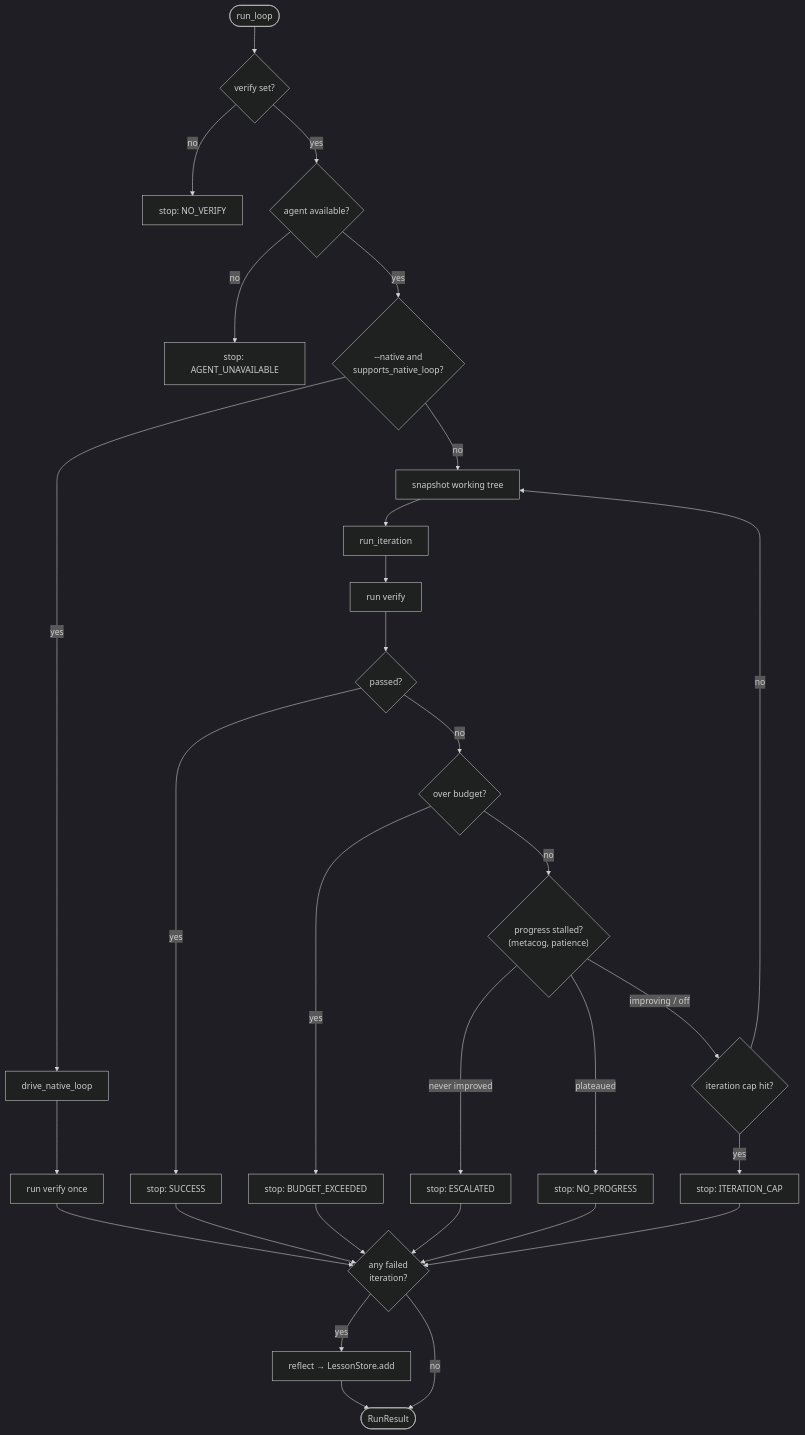
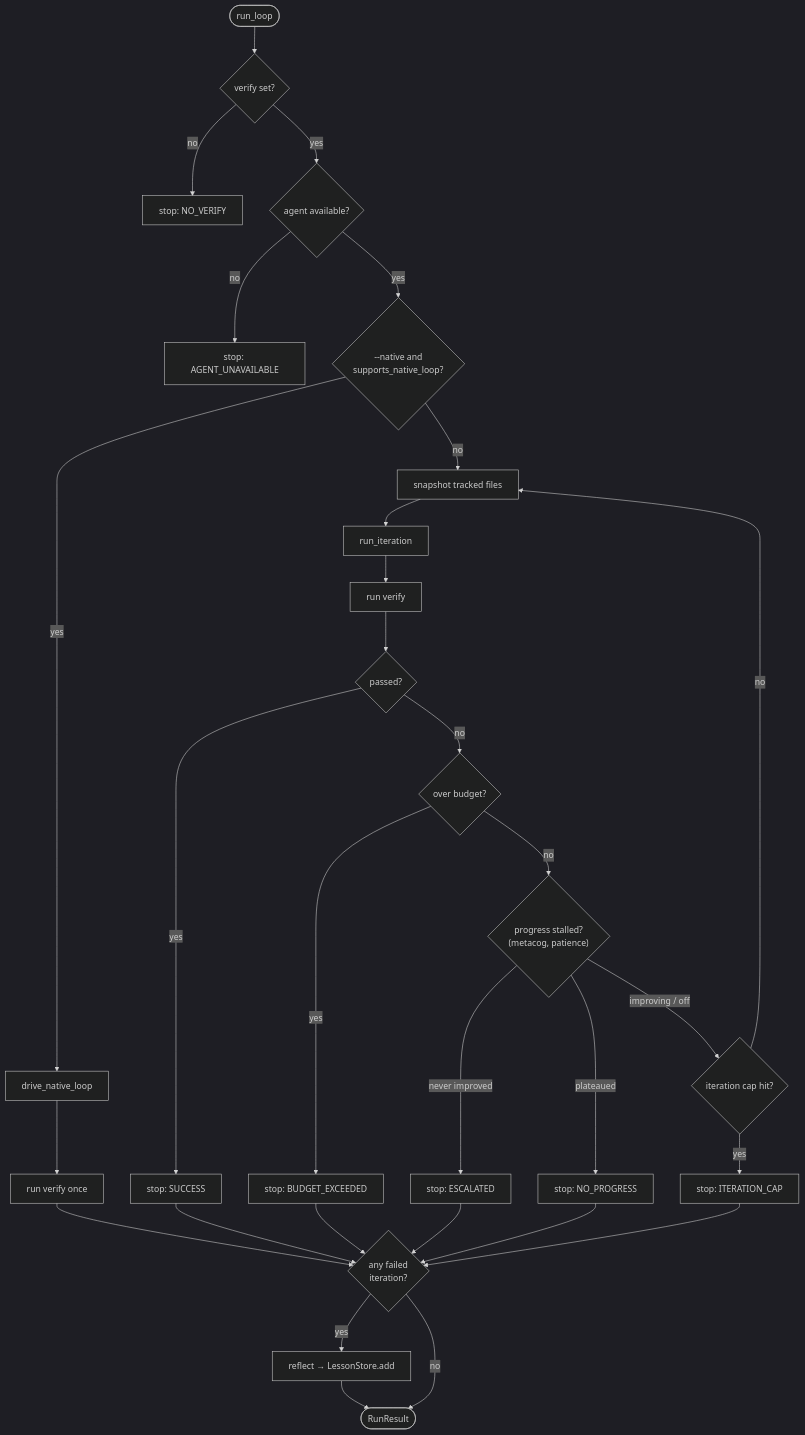
The second of 4 diagrams in docs/architecture.md (andrewli8/looptight), drawn with Mermaid (dark theme) before and after one commit. The commit also changed other lines of this file and 5 other files, not shown here.

````diff
--- a/docs/architecture.md
+++ b/docs/architecture.md
@@ -62,35 +62,35 @@
 ```mermaid
 flowchart TD
     Start(["run_loop"]) --> V{"verify set?"}
     V -- no --> StopNV["stop: NO_VERIFY"]
     V -- yes --> A{"agent available?"}
     A -- no --> StopAU["stop: AGENT_UNAVAILABLE"]
     A -- yes --> N{"--native and<br/>supports_native_loop?"}
 
     N -- yes --> D["drive_native_loop"]
     D --> DV["run verify once"]
     DV --> R{"any failed<br/>iteration?"}
 
-    N -- no --> S["snapshot working tree"]
+    N -- no --> S["snapshot tracked files"]
     S --> I["run_iteration"]
     I --> SV["run verify"]
     SV --> P{"passed?"}
     P -- yes --> Win["stop: SUCCESS"]
     P -- no --> B{"over budget?"}
     B -- yes --> StopB["stop: BUDGET_EXCEEDED"]
     B -- no --> M{"progress stalled?<br/>(metacog, patience)"}
     M -- never improved --> StopE["stop: ESCALATED"]
     M -- plateaued --> StopNP["stop: NO_PROGRESS"]
     M -- improving / off --> C{"iteration cap hit?"}
     C -- yes --> StopC["stop: ITERATION_CAP"]
     C -- no --> S
 
     Win --> R
     StopB --> R
     StopC --> R
     StopE --> R
     StopNP --> R
     R -- yes --> Reflect["reflect → LessonStore.add"]
     R -- no --> Done(["RunResult"])
     Reflect --> Done
 ```
````
